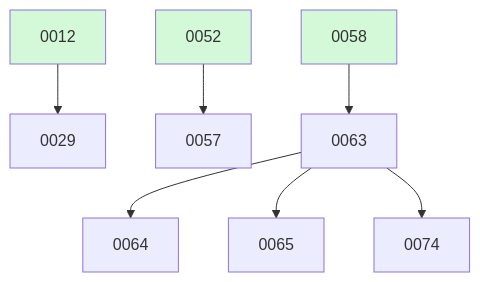
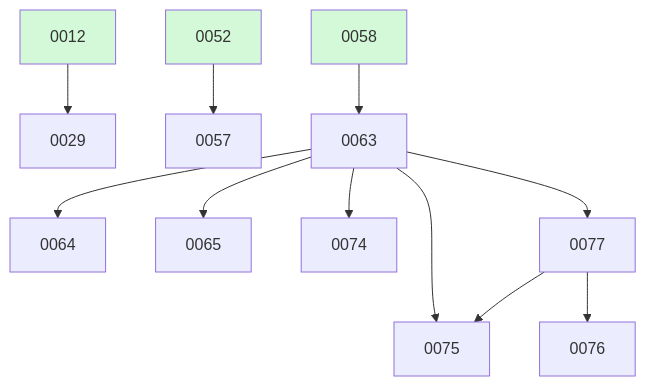
Before and after one commit to ethanhinson/fuse: the diagram in docs/changes/BOARD.md, drawn with Mermaid. The commit also changed other lines of this file and 7 other files, not shown here.

````diff
--- a/docs/changes/BOARD.md
+++ b/docs/changes/BOARD.md
@@ -26,13 +29,17 @@
 ```mermaid
 graph TD
   0012 --> 0029
   0052 --> 0057
   0058 --> 0063
   0063 --> 0064
   0063 --> 0065
   0063 --> 0074
+  0063 --> 0075
+  0063 --> 0077
+  0077 --> 0075
+  0077 --> 0076
   0012:::done
   0052:::done
   0058:::done
   classDef done fill:#d3f9d8;
 ```
````
